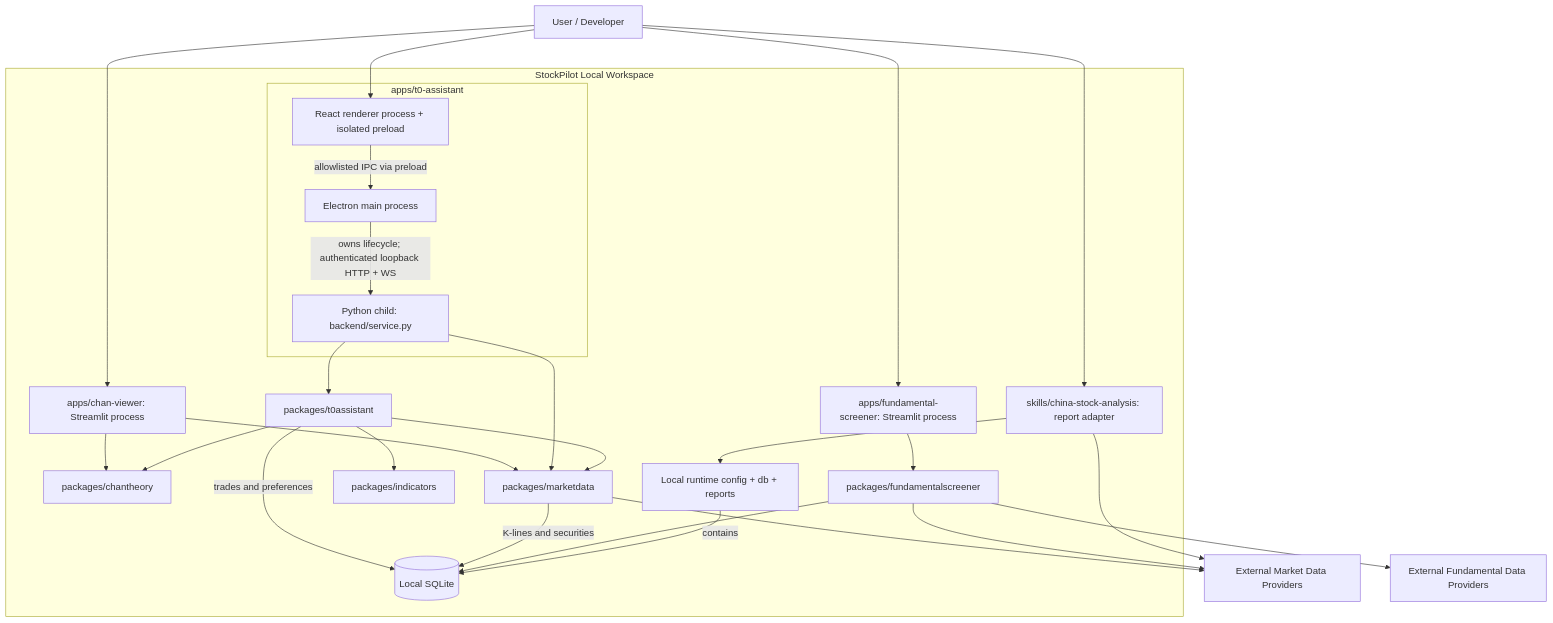
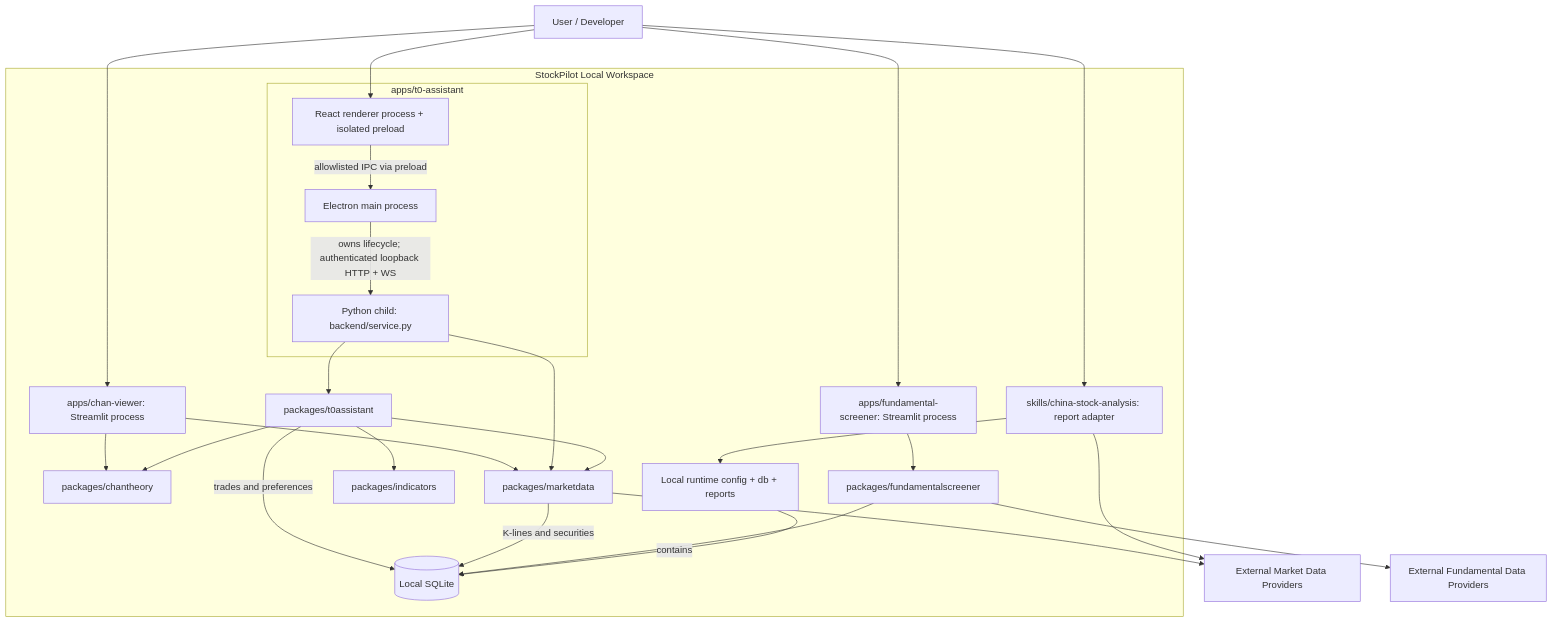
One commit to shenjee/stockpilot changed the diagram in docs/architecture/c4-container.md. Above: the diagram before and after it, drawn with Mermaid. The commit also changed other lines of this file, not shown here.

Commit message:
docs: correct fundamental market provider dependency

````diff
--- a/docs/architecture/c4-container.md
+++ b/docs/architecture/c4-container.md
@@ -18,48 +18,47 @@
 ```mermaid
 graph TD
     User[User / Developer]
     MarketProviders[External Market Data Providers]
     FundamentalProviders[External Fundamental Data Providers]
 
     subgraph StockPilot[StockPilot Local Workspace]
         Chantheory[packages/chantheory]
         MarketData[packages/marketdata]
         Indicators[packages/indicators]
         T0Core[packages/t0assistant]
         FundamentalCore[packages/fundamentalscreener]
         ChanApp[apps/chan-viewer: Streamlit process]
         FsApp[apps/fundamental-screener: Streamlit process]
         Skill[skills/china-stock-analysis: report adapter]
         subgraph T0[apps/t0-assistant]
             Renderer[React renderer process + isolated preload]
             Main[Electron main process]
             Python[Python child: backend/service.py]
         end
         RuntimeData[Local runtime config + db + reports]
         SQLite[(Local SQLite)]
     end
 
     User --> ChanApp
     User --> FsApp
     User --> Renderer
     User --> Skill
     ChanApp --> Chantheory
     ChanApp --> MarketData
     FsApp --> FundamentalCore
     Renderer -->|allowlisted IPC via preload| Main
     Main -->|owns lifecycle; authenticated loopback HTTP + WS| Python
     Python --> T0Core
     Python --> MarketData
     T0Core --> MarketData
     T0Core --> Chantheory
     T0Core --> Indicators
     T0Core -->|trades and preferences| SQLite
     MarketData -->|K-lines and securities| SQLite
     MarketData --> MarketProviders
     FundamentalCore --> SQLite
     FundamentalCore --> FundamentalProviders
-    FundamentalCore --> MarketProviders
     Skill --> RuntimeData
     Skill --> MarketProviders
     RuntimeData -->|contains| SQLite
 ```
````
